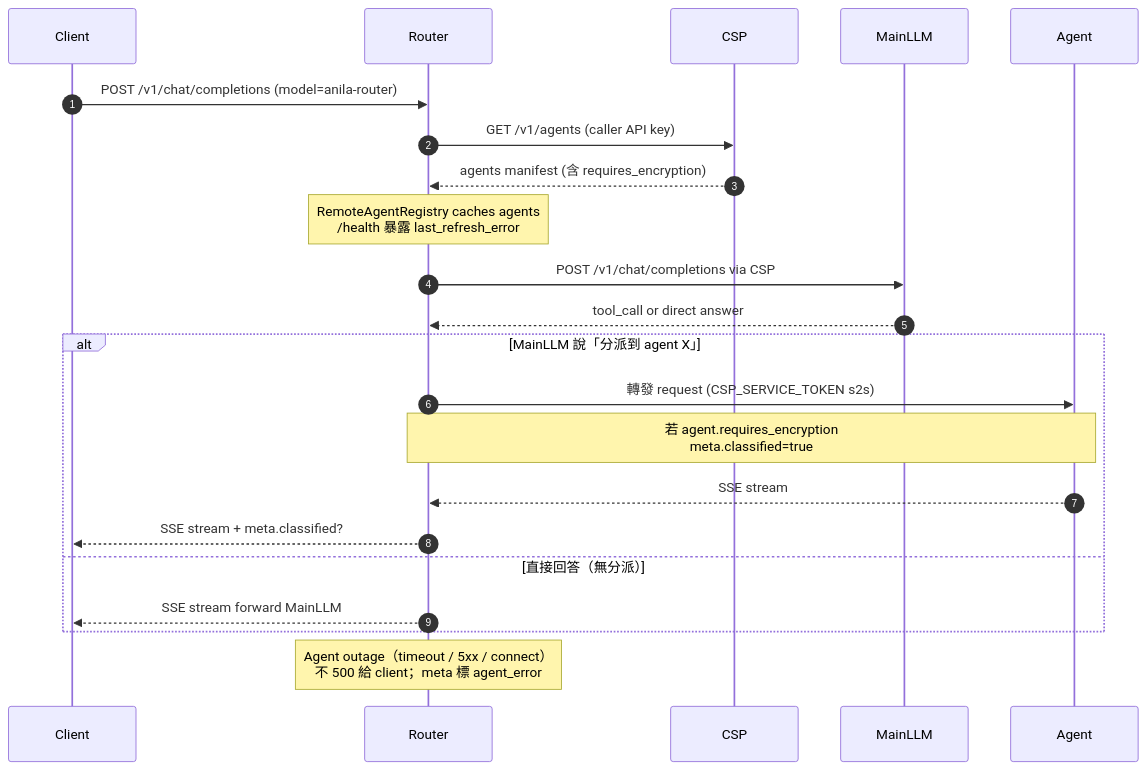
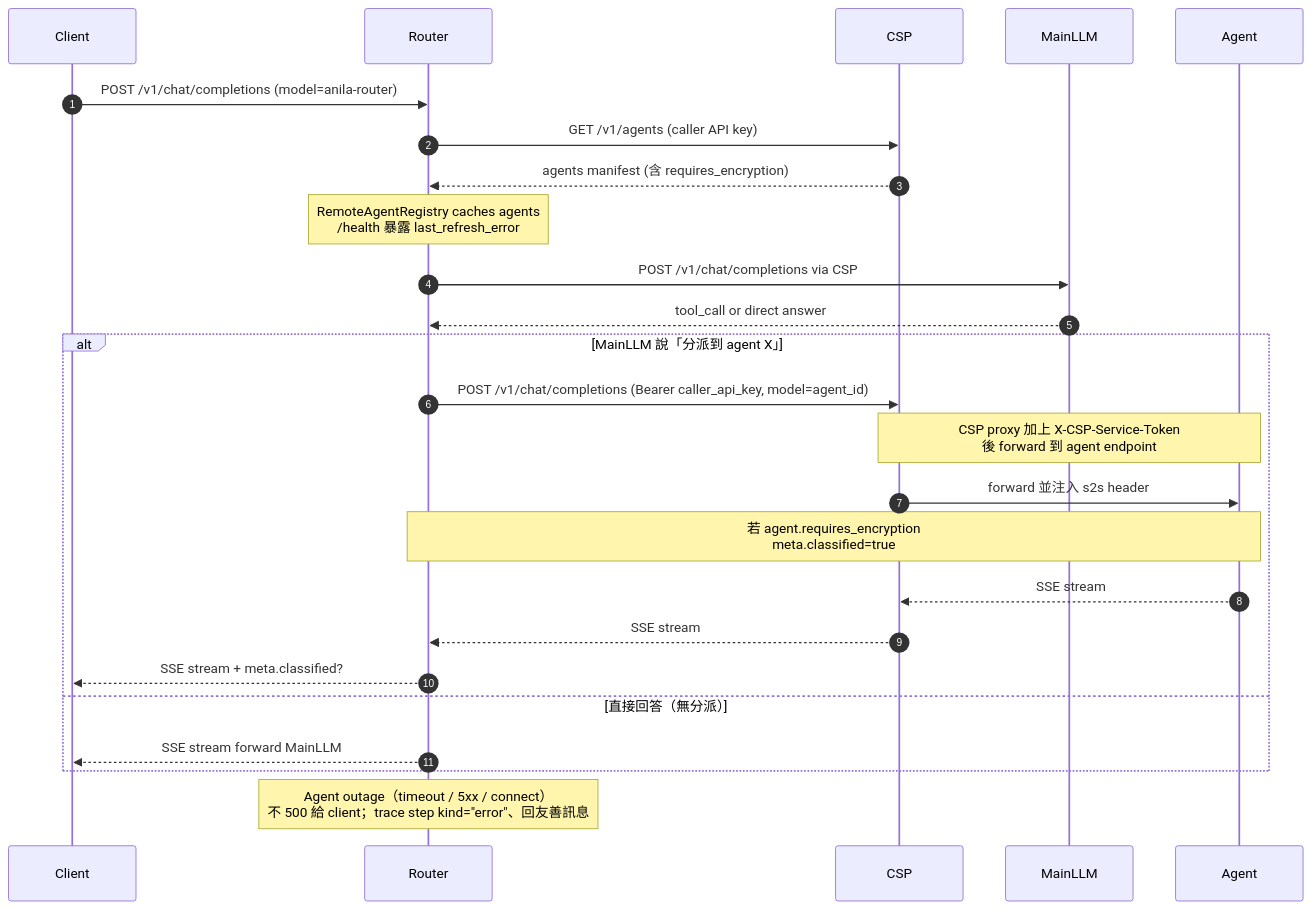
Before and after one commit to zzw09773/ANILA: the diagram in anila-core-router/README.md, drawn with Mermaid. The commit also changed other lines of this file and 6 other files, not shown here.

First line of the commit message:
docs: align CSP service-token / agent docs with actual code

````diff
--- a/anila-core-router/README.md
+++ b/anila-core-router/README.md
@@ -18,28 +18,31 @@
 ```mermaid
 sequenceDiagram
     autonumber
     participant C as Client
     participant R as Router
     participant CSP as CSP
     participant LLM as MainLLM
     participant A as Agent
 
     C->>R: POST /v1/chat/completions (model=anila-router)
     R->>CSP: GET /v1/agents (caller API key)
     CSP-->>R: agents manifest (含 requires_encryption)
     Note over R: RemoteAgentRegistry caches agents<br/>/health 暴露 last_refresh_error
 
     R->>LLM: POST /v1/chat/completions via CSP
     LLM-->>R: tool_call or direct answer
 
     alt MainLLM 說「分派到 agent X」
-        R->>A: 轉發 request (CSP_SERVICE_TOKEN s2s)
+        R->>CSP: POST /v1/chat/completions (Bearer caller_api_key, model=agent_id)
+        Note over CSP,A: CSP proxy 加上 X-CSP-Service-Token<br/>後 forward 到 agent endpoint
+        CSP->>A: forward 並注入 s2s header
         Note over R,A: 若 agent.requires_encryption<br/>meta.classified=true
-        A-->>R: SSE stream
+        A-->>CSP: SSE stream
+        CSP-->>R: SSE stream
         R-->>C: SSE stream + meta.classified?
     else 直接回答（無分派）
         R-->>C: SSE stream forward MainLLM
     end
 
-    Note over R: Agent outage（timeout / 5xx / connect）<br/>不 500 給 client；meta 標 agent_error
+    Note over R: Agent outage（timeout / 5xx / connect）<br/>不 500 給 client；trace step kind="error"、回友善訊息
 ```
````
